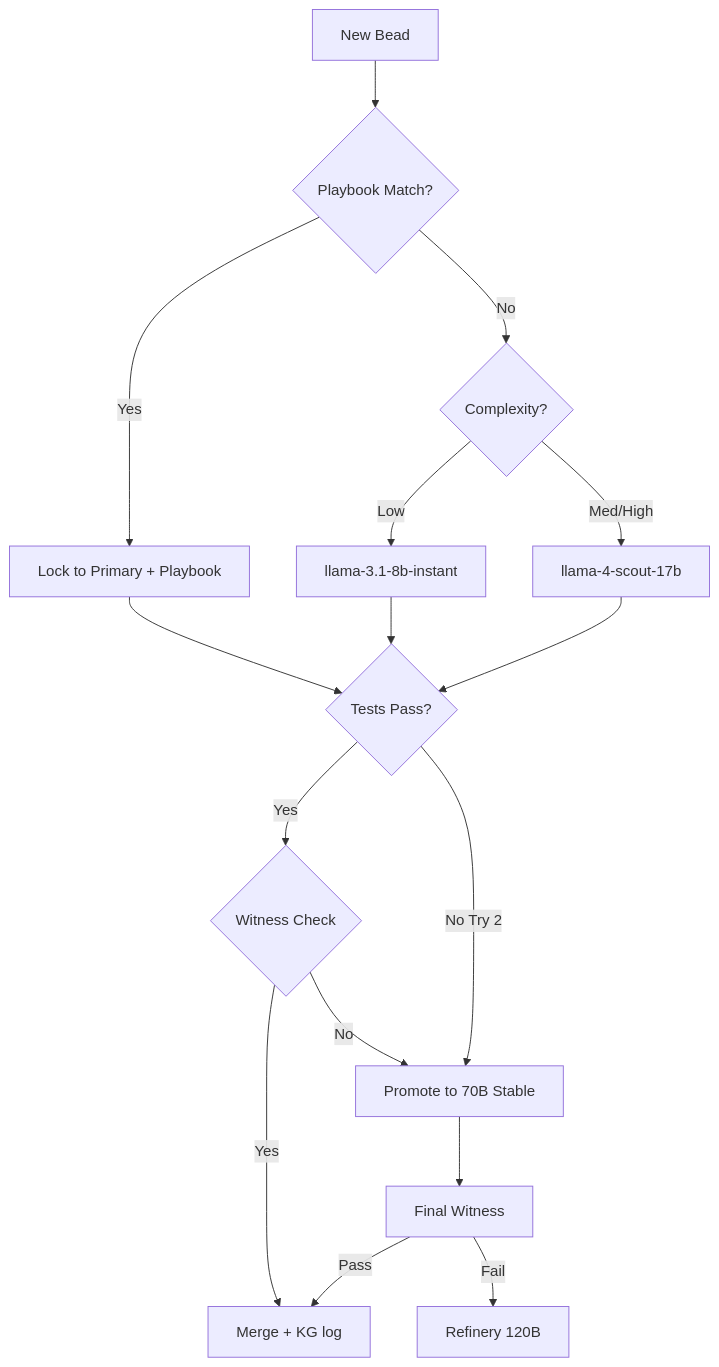
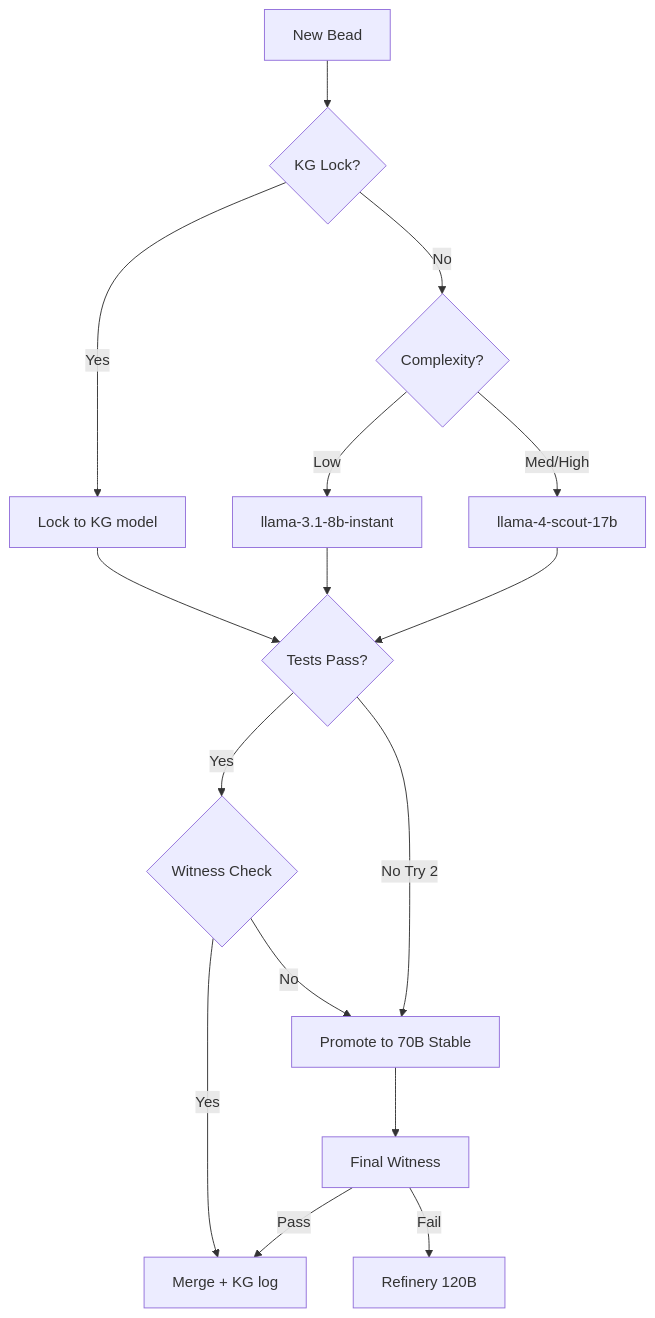
One commit to kab0rn/nostown changed the diagram in docs/ROUTING.md. Above: the diagram before and after it, drawn with Mermaid. The commit also changed other lines of this file and 49 other files, not shown here.

````diff
--- a/docs/ROUTING.md
+++ b/docs/ROUTING.md
@@ -55,18 +52,18 @@
 ```mermaid
 graph TD
-    A[New Bead] --> B{Playbook Match?}
-    B -- Yes --> C[Lock to Primary + Playbook]
+    A[New Bead] --> B{KG Lock?}
+    B -- Yes --> C[Lock to KG model]
     B -- No --> D{Complexity?}
     D -- Low --> E[llama-3.1-8b-instant]
     D -- Med/High --> F[llama-4-scout-17b]
     C --> G{Tests Pass?}
     E --> G
     F --> G
     G -- Yes --> H{Witness Check}
     G -- No Try 2 --> I[Promote to 70B Stable]
     H -- Yes --> J[Merge + KG log]
     H -- No --> I
     I --> K[Final Witness]
     K -- Pass --> J
     K -- Fail --> L[Refinery 120B]
 ```
````
